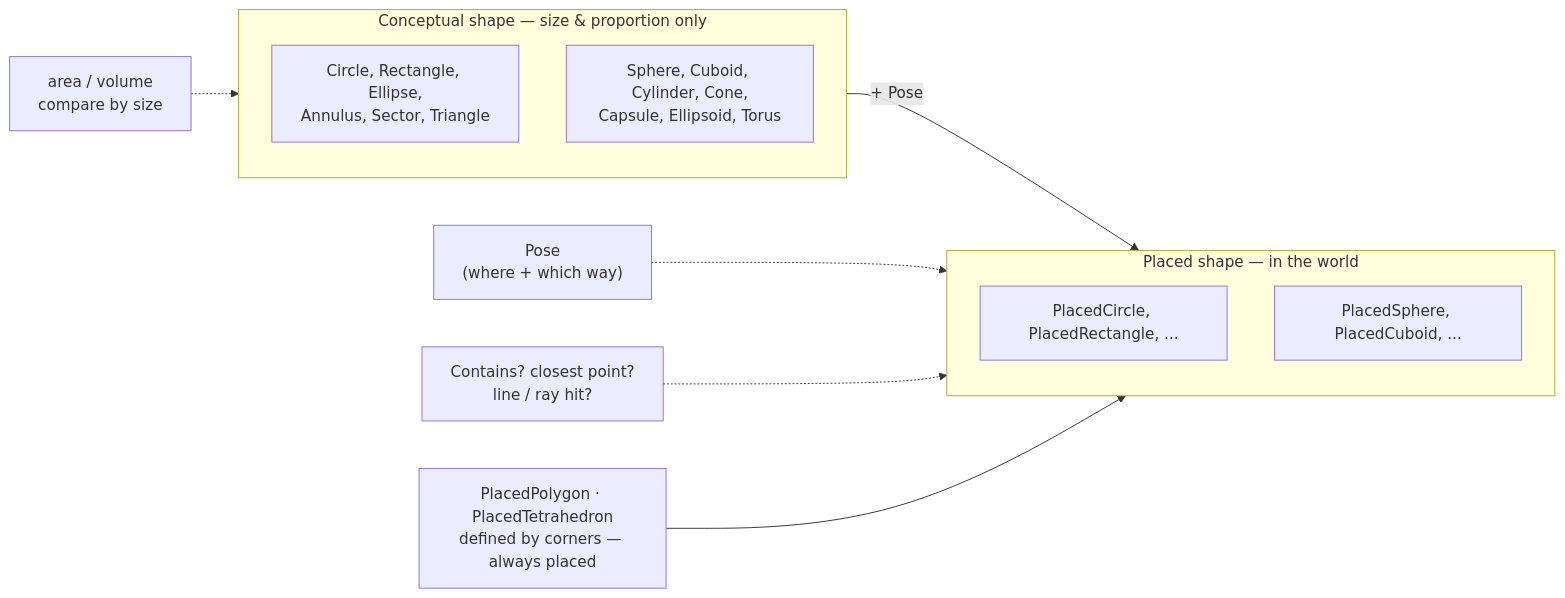
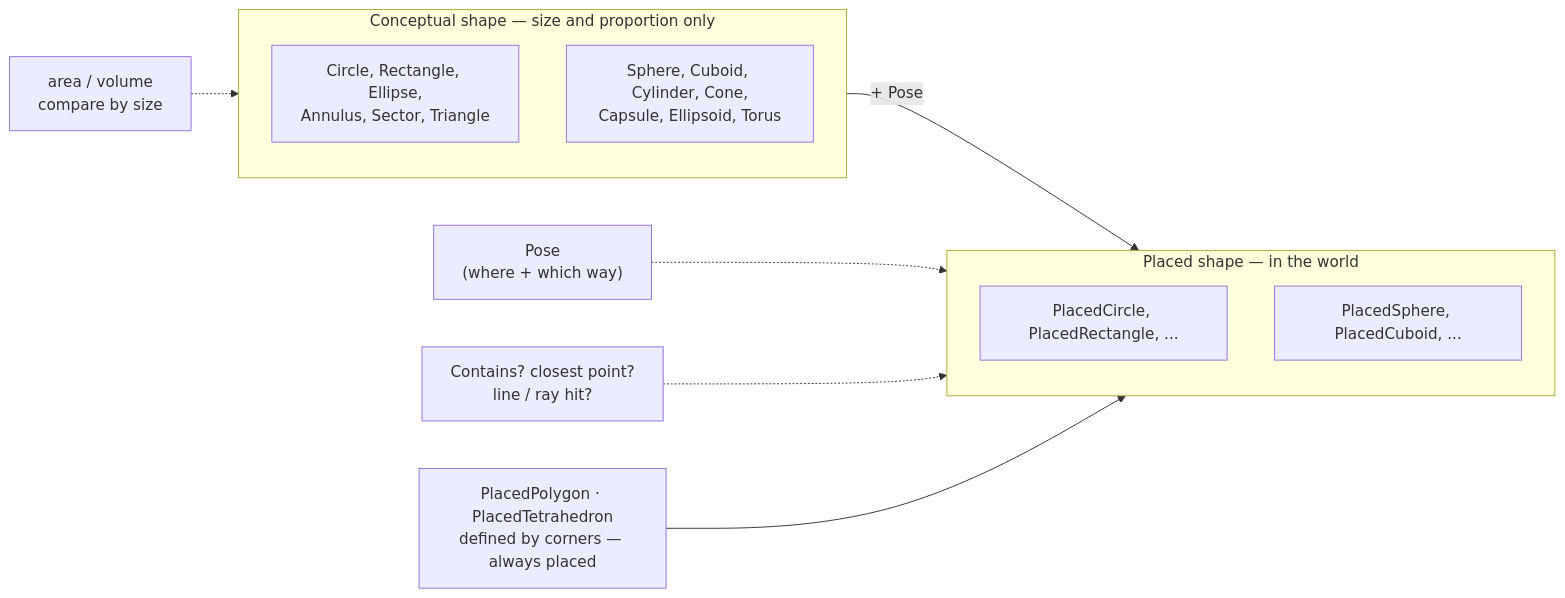
Before and after one commit to dickiepotter/RP.Math: the seventh of 7 diagrams in README.md, drawn with Mermaid. The commit also changed other lines of this file and 6 other files, not shown here.

First line of the commit message:
@ Add Matrix view/projection builders with an illustrated camera guide; fix Mermaid 8.14 compatibility

````diff
--- a/README.md
+++ b/README.md
@@ -1247,24 +1425,22 @@
 ```mermaid
 graph LR
-    subgraph concept["Conceptual shape — size & proportion only"]
-        direction TB
+    subgraph concept["Conceptual shape — size and proportion only"]
         C1["Circle, Rectangle, Ellipse,<br/>Annulus, Sector, Triangle"]
         C2["Sphere, Cuboid, Cylinder, Cone,<br/>Capsule, Ellipsoid, Torus"]
     end
 
     subgraph placed["Placed shape — in the world"]
-        direction TB
         P1["PlacedCircle, PlacedRectangle, ..."]
         P2["PlacedSphere, PlacedCuboid, ..."]
     end
 
     pose["Pose<br/>(where + which way)"]
 
     concept -->|"+ Pose"| placed
     pose -.-> placed
 
     q1["area / volume<br/>compare by size"] -.-> concept
     q2["Contains? closest point?<br/>line / ray hit?"] -.-> placed
 
     vtx["PlacedPolygon · PlacedTetrahedron<br/>defined by corners — always placed"] --> placed
 ```
````
